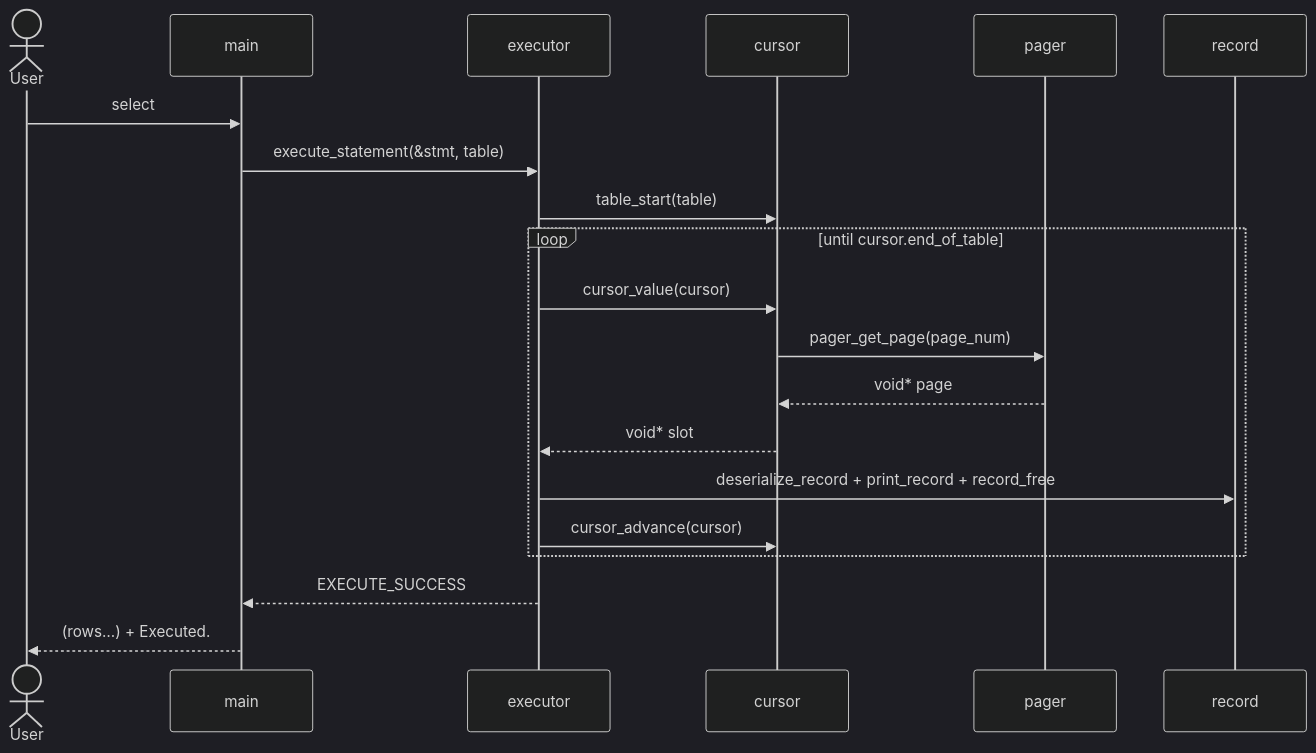
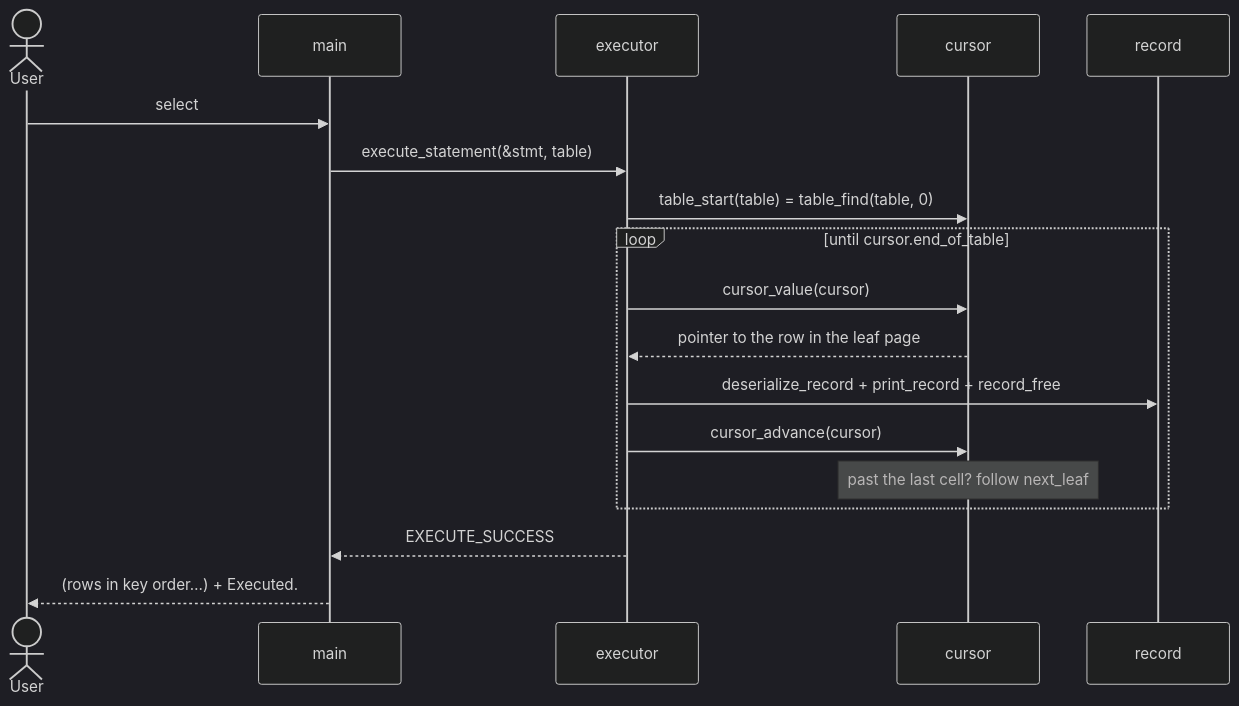
The tenth of 16 diagrams in README.md (Rohitangshu2026/mini-sql), drawn with Mermaid (dark theme) before and after one commit. The commit also changed other lines of this file, not shown here.

````diff
--- a/README.md
+++ b/README.md
@@ -407,23 +571,21 @@
 ```mermaid
 sequenceDiagram
     actor U as User
     participant M as main
     participant E as executor
     participant C as cursor
-    participant P as pager
     participant R as record
 
     U->>M: select
     M->>E: execute_statement(&stmt, table)
-    E->>C: table_start(table)
+    E->>C: table_start(table) = table_find(table, 0)
     loop until cursor.end_of_table
         E->>C: cursor_value(cursor)
-        C->>P: pager_get_page(page_num)
-        P-->>C: void* page
-        C-->>E: void* slot
+        C-->>E: pointer to the row in the leaf page
         E->>R: deserialize_record + print_record + record_free
         E->>C: cursor_advance(cursor)
+        Note over C: past the last cell? follow next_leaf
     end
     E-->>M: EXECUTE_SUCCESS
-    M-->>U: (rows…) + Executed.
+    M-->>U: (rows in key order…) + Executed.
 ```
````
